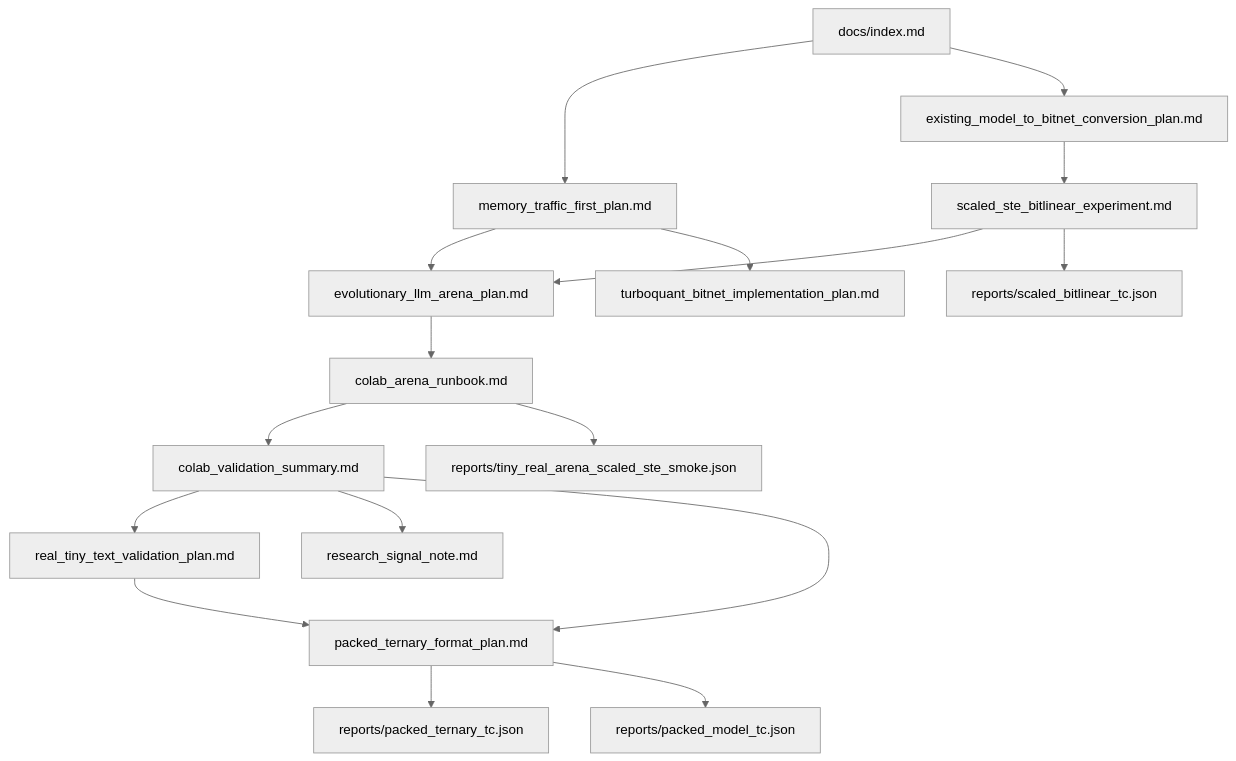
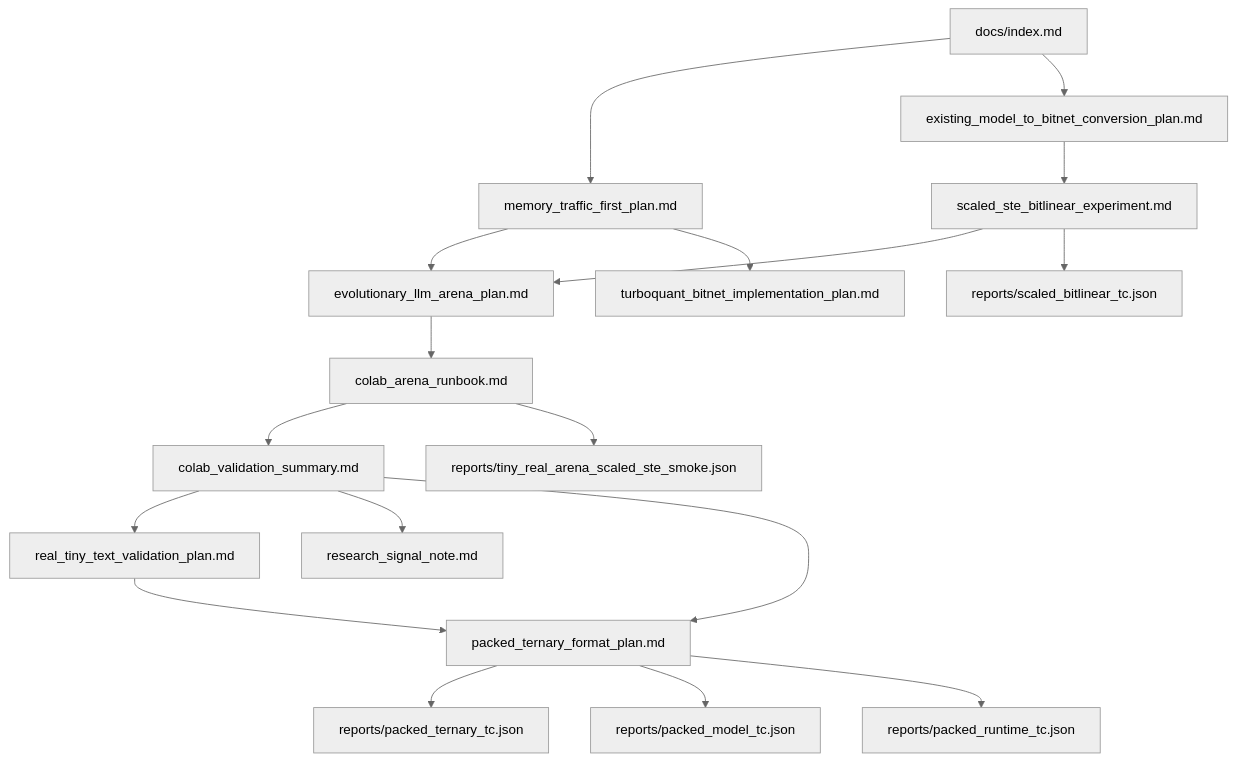
One commit to gtpk/BitNet-Transformers changed the diagram in docs/index.md. Above: the diagram before and after it, drawn with Mermaid (neutral theme). The commit also changed other lines of this file and 7 other files, not shown here.

Commit message:
Add packed runtime validation

````diff
--- a/docs/index.md
+++ b/docs/index.md
@@ -89,19 +92,20 @@
 ```mermaid
 flowchart TD
   A["docs/index.md"] --> B["memory_traffic_first_plan.md"]
   A --> C["existing_model_to_bitnet_conversion_plan.md"]
   C --> D["scaled_ste_bitlinear_experiment.md"]
   D --> E["evolutionary_llm_arena_plan.md"]
   E --> F["colab_arena_runbook.md"]
   F --> J["colab_validation_summary.md"]
   J --> K["real_tiny_text_validation_plan.md"]
   J --> L["research_signal_note.md"]
   J --> M["packed_ternary_format_plan.md"]
   K --> M["packed_ternary_format_plan.md"]
   B --> E
   B --> G["turboquant_bitnet_implementation_plan.md"]
   F --> H["reports/tiny_real_arena_scaled_ste_smoke.json"]
   D --> I["reports/scaled_bitlinear_tc.json"]
   M --> N["reports/packed_ternary_tc.json"]
   M --> O["reports/packed_model_tc.json"]
+  M --> P["reports/packed_runtime_tc.json"]
 ```
````
